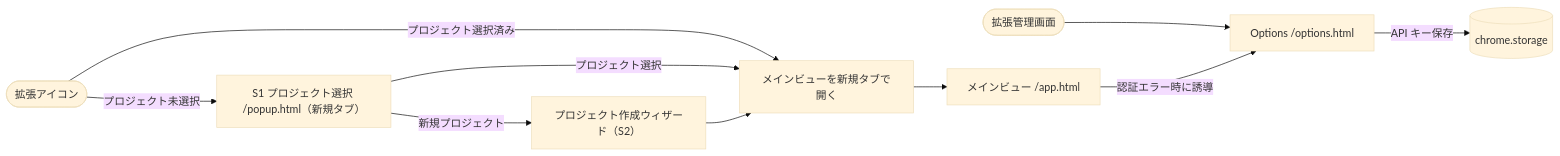
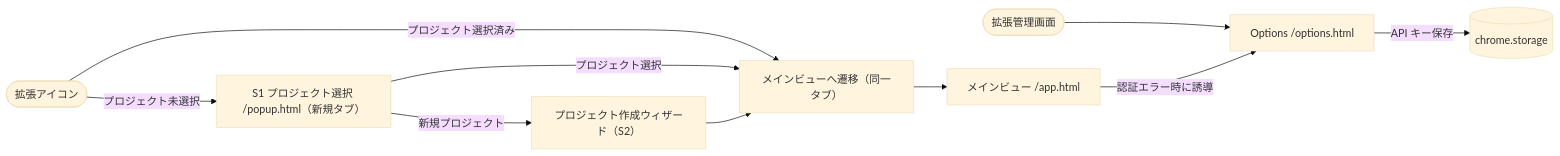
Before and after one commit to youkiti/sr-data-extraction-plugin: the first of 3 diagrams in docs/ui-flow.md, drawn with Mermaid (base theme). The commit also changed other lines of this file and 12 other files, not shown here.

````diff
--- a/docs/ui-flow.md
+++ b/docs/ui-flow.md
@@ -20,13 +20,13 @@
 ```mermaid
 flowchart LR
     Icon([拡張アイコン]) -->|プロジェクト未選択| Popup["S1 プロジェクト選択 /popup.html（新規タブ）"]
     Icon -->|プロジェクト選択済み| Open
-    Popup -->|プロジェクト選択| Open[メインビューを新規タブで開く]
+    Popup -->|プロジェクト選択| Open[メインビューへ遷移（同一タブ）]
     Popup -->|新規プロジェクト| New["プロジェクト作成ウィザード（S2）"]
     New --> Open
     Open --> Main[メインビュー /app.html]
 
     Manage([拡張管理画面]) --> Options[Options /options.html]
     Options -->|API キー保存| Storage[(chrome.storage)]
     Main -->|認証エラー時に誘導| Options
 ```
````
